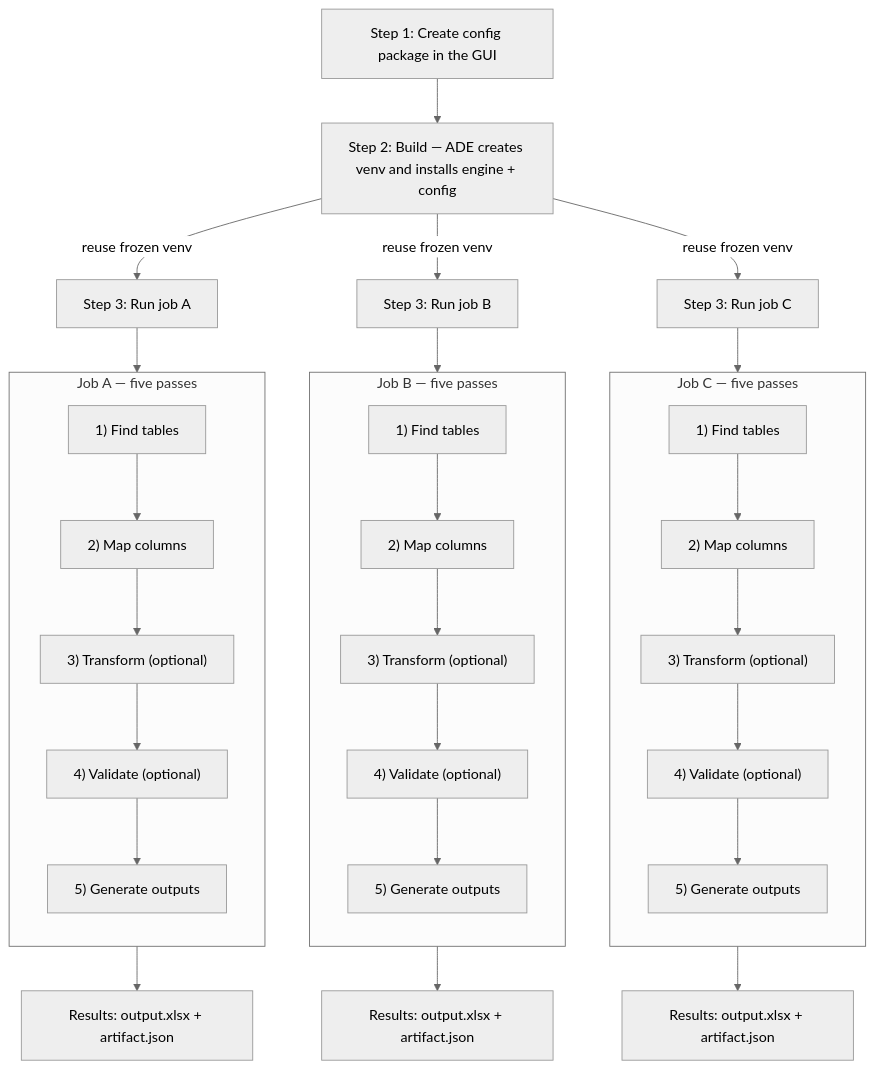
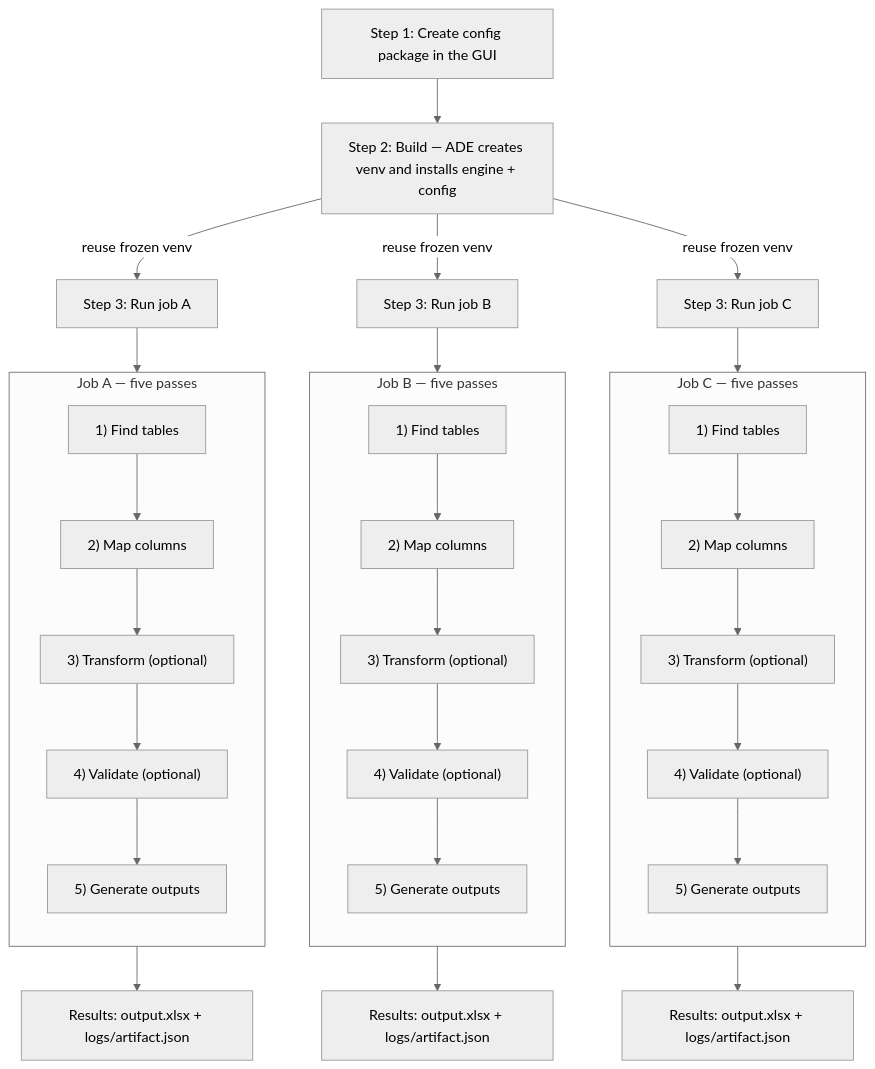
The diagram in docs/developers/README.md (clac-ca/automatic-data-extractor), drawn with Mermaid (neutral theme) before and after one commit. The commit also changed other lines of this file and 49 other files, not shown here.

````diff
--- a/docs/developers/README.md
+++ b/docs/developers/README.md
@@ -123,38 +130,38 @@
 ```mermaid
 flowchart TD
     S1["Step 1: Create config package in the GUI"] --> S2["Step 2: Build — ADE creates venv and installs engine + config"]
 
     %% Job A
     S2 -->|reuse frozen venv| J1["Step 3: Run job A"]
     subgraph Job_A["Job A — five passes"]
         direction TB
         A1["1) Find tables"]
         A2["2) Map columns"]
         A3["3) Transform (optional)"]
         A4["4) Validate (optional)"]
         A5["5) Generate outputs"]
         A1 --> A2 --> A3 --> A4 --> A5
     end
     J1 --> A1
-    A5 --> R1["Results: output.xlsx + artifact.json"]
+    A5 --> R1["Results: output.xlsx + logs/artifact.json"]
 
     %% Job B
     S2 -->|reuse frozen venv| J2["Step 3: Run job B"]
     subgraph Job_B["Job B — five passes"]
         direction TB
         B1["1) Find tables"] --> B2["2) Map columns"] --> B3["3) Transform (optional)"]
         B3 --> B4["4) Validate (optional)"] --> B5["5) Generate outputs"]
     end
     J2 --> B1
-    B5 --> R2["Results: output.xlsx + artifact.json"]
+    B5 --> R2["Results: output.xlsx + logs/artifact.json"]
 
     %% Job C
     S2 -->|reuse frozen venv| J3["Step 3: Run job C"]
     subgraph Job_C["Job C — five passes"]
         direction TB
         C1["1) Find tables"] --> C2["2) Map columns"] --> C3["3) Transform (optional)"]
         C3 --> C4["4) Validate (optional)"] --> C5["5) Generate outputs"]
     end
     J3 --> C1
-    C5 --> R3["Results: output.xlsx + artifact.json"]
+    C5 --> R3["Results: output.xlsx + logs/artifact.json"]
 ```
````
